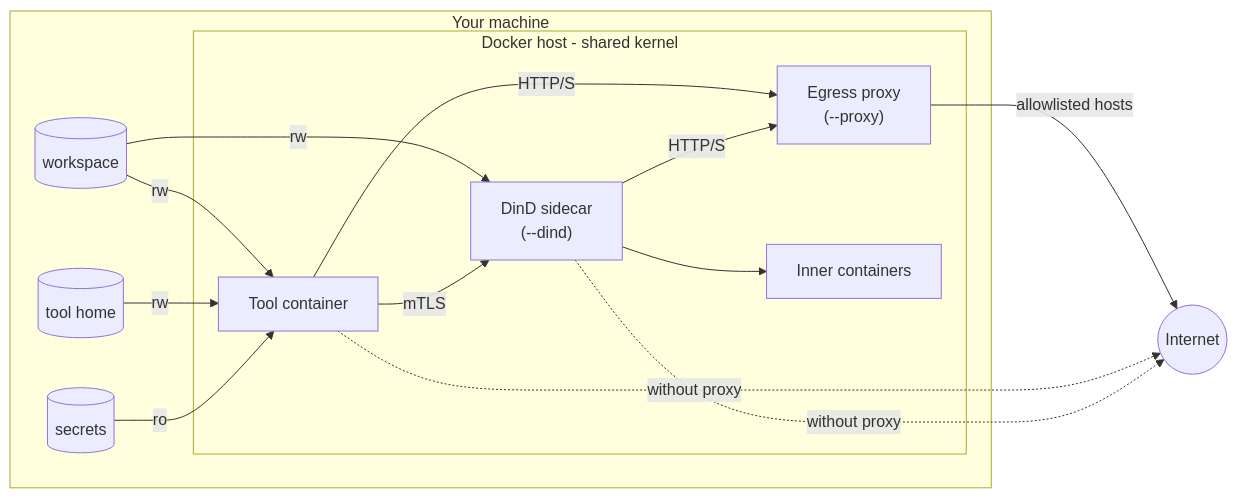
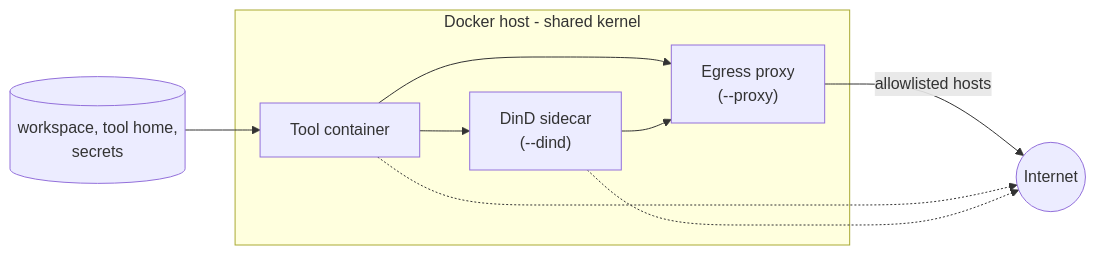
The diagram in docs/security-model.md (dylanvgils/agentic-cli), drawn with Mermaid before and after one commit.

Commit message:
update diagram

````diff
--- a/docs/security-model.md
+++ b/docs/security-model.md
@@ -7,25 +7,18 @@
 ```mermaid
 flowchart LR
-    subgraph host[Your machine]
-        ws[(workspace)]
-        th[(tool home)]
-        sec[(secrets)]
-        subgraph docker[Docker host - shared kernel]
-            tool[Tool container]
-            proxy["Egress proxy<br/>(--proxy)"]
-            dind["DinD sidecar<br/>(--dind)"]
-            inner[Inner containers]
-        end
+    files[("workspace, tool home,<br/>secrets")]
+    subgraph docker[Docker host - shared kernel]
+        tool[Tool container]
+        proxy["Egress proxy<br/>(--proxy)"]
+        dind["DinD sidecar<br/>(--dind)"]
     end
     net((Internet))
 
-    ws -- rw --> tool
-    th -- rw --> tool
-    sec -- ro --> tool
-    ws -- rw --> dind
-    tool -- HTTP/S --> proxy -- allowlisted hosts --> net
-    tool -- mTLS --> dind --> inner
-    dind -- HTTP/S --> proxy
-    tool -.->|without proxy| net
-    dind -.->|without proxy| net
+    files --> tool
+    tool --> dind
+    tool --> proxy
+    dind --> proxy
+    proxy -- allowlisted hosts --> net
+    tool -.-> net
+    dind -.-> net
 ```
````
